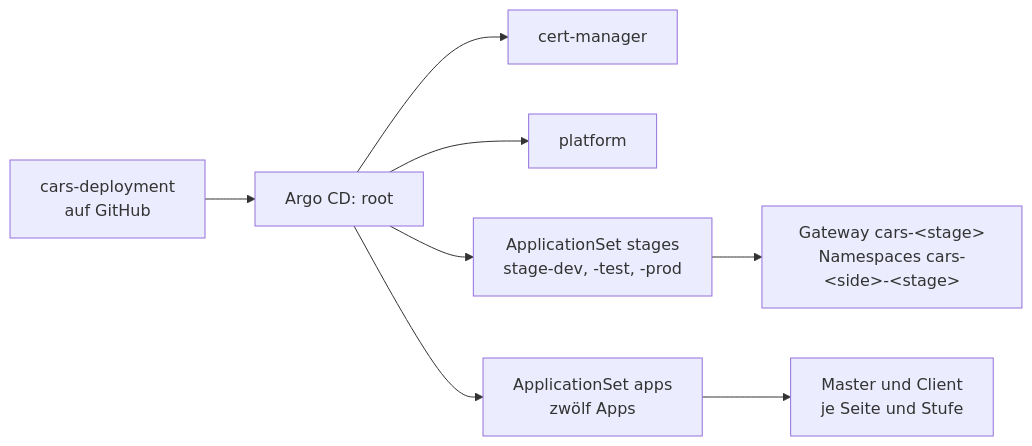
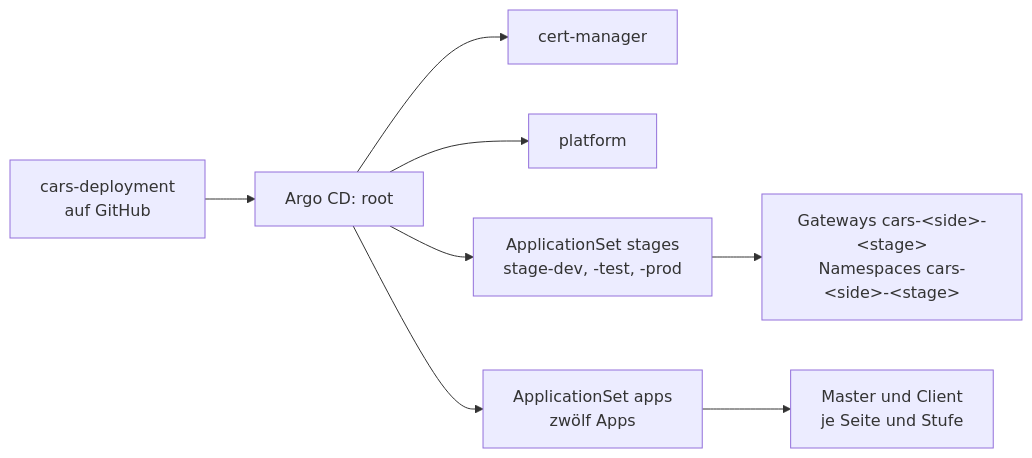
Before and after one commit to cars-world/cars-deployment: the diagram in README.de.md, drawn with Mermaid. The commit also changed other lines of this file and 13 other files, not shown here.

First line of the commit message:
Give each side of a stage a gateway and host of its own

````diff
--- a/README.de.md
+++ b/README.de.md
@@ -43,10 +43,10 @@
 ```mermaid
 flowchart LR
   git["cars-deployment<br/>auf GitHub"] --> root["Argo CD: root"]
   root --> cm["cert-manager"]
   root --> pf["platform"]
   root --> st["ApplicationSet stages<br/>stage-dev, -test, -prod"]
   root --> ap["ApplicationSet apps<br/>zwölf Apps"]
-  st --> gw["Gateway cars-&lt;stage&gt;<br/>Namespaces cars-&lt;side&gt;-&lt;stage&gt;"]
+  st --> gw["Gateways cars-&lt;side&gt;-&lt;stage&gt;<br/>Namespaces cars-&lt;side&gt;-&lt;stage&gt;"]
   ap --> pods["Master und Client<br/>je Seite und Stufe"]
 ```
````
